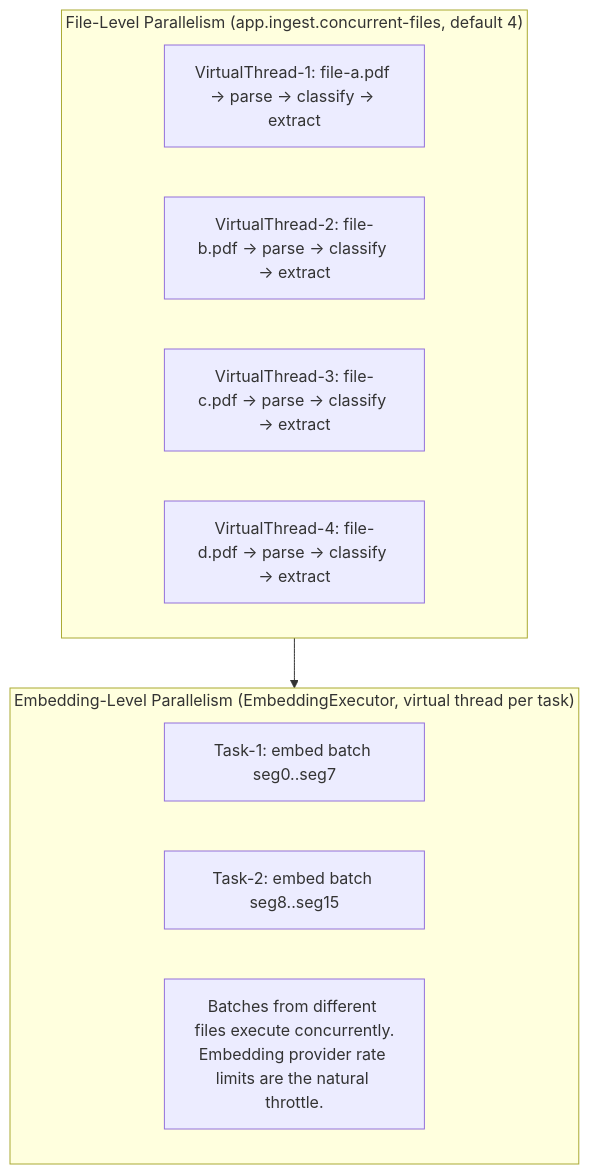
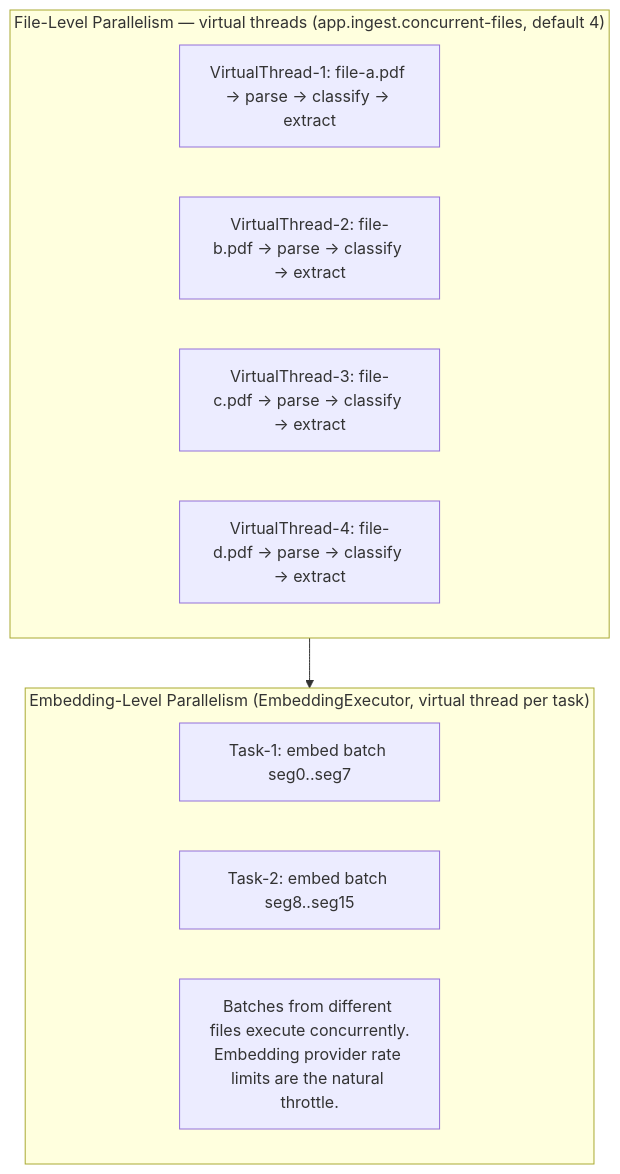
The third of 3 diagrams in ingestion-pipeline.md (josalero/generic-rag-poc), drawn with Mermaid before and after one commit. The commit also changed other lines of this file and 7 other files, not shown here.

````diff
--- a/ingestion-pipeline.md
+++ b/ingestion-pipeline.md
@@ -515,18 +524,18 @@
 ```mermaid
 flowchart TD
-    subgraph FILE["File-Level Parallelism (app.ingest.concurrent-files, default 4)"]
+    subgraph FILE["File-Level Parallelism — virtual threads (app.ingest.concurrent-files, default 4)"]
         VT1["VirtualThread-1: file-a.pdf → parse → classify → extract"]
         VT2["VirtualThread-2: file-b.pdf → parse → classify → extract"]
         VT3["VirtualThread-3: file-c.pdf → parse → classify → extract"]
         VT4["VirtualThread-4: file-d.pdf → parse → classify → extract"]
     end
 
     subgraph EMBED["Embedding-Level Parallelism (EmbeddingExecutor, virtual thread per task)"]
         T1["Task-1: embed batch seg0..seg7"]
         T2["Task-2: embed batch seg8..seg15"]
         NOTE["Batches from different files execute concurrently.
 Embedding provider rate limits are the natural throttle."]
     end
 
     FILE --> EMBED
 ```
````
